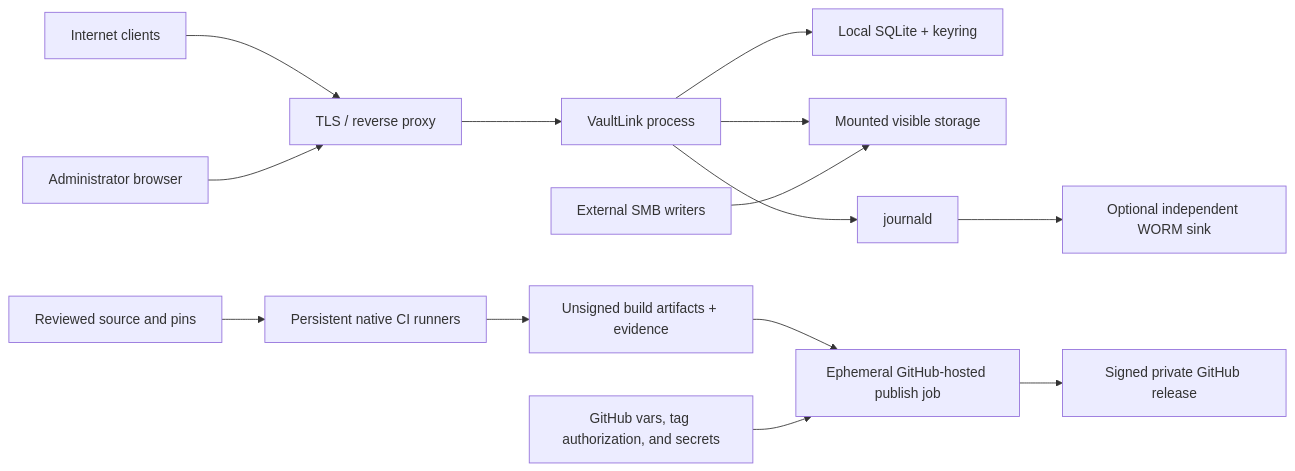
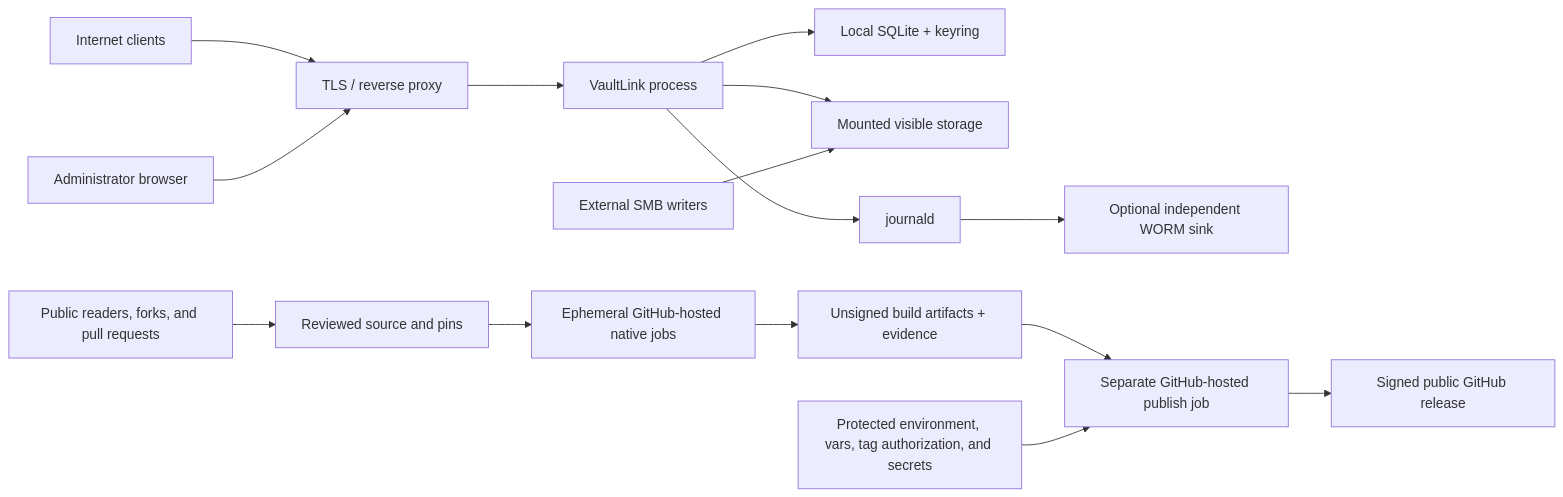
Before and after one commit to alexhaberl/VaultLink: the diagram in THREAT_MODEL.md, drawn with Mermaid. The commit also changed other lines of this file and 4 other files, not shown here.

Commit message:
Harden public release trust boundary

````diff
--- a/THREAT_MODEL.md
+++ b/THREAT_MODEL.md
@@ -103,17 +103,18 @@
 ```mermaid
 flowchart LR
     Internet["Internet clients"] --> Proxy["TLS / reverse proxy"]
     Proxy --> App["VaultLink process"]
     Admin["Administrator browser"] --> Proxy
     App --> DB["Local SQLite + keyring"]
     App --> Storage["Mounted visible storage"]
     SMB["External SMB writers"] --> Storage
     App --> Journal["journald"]
     Journal --> WORM["Optional independent WORM sink"]
 
-    Source["Reviewed source and pins"] --> Runners["Persistent native CI runners"]
+    Public["Public readers, forks, and pull requests"] --> Source["Reviewed source and pins"]
+    Source --> Runners["Ephemeral GitHub-hosted native jobs"]
     Runners --> Artifacts["Unsigned build artifacts + evidence"]
-    Artifacts --> Publish["Ephemeral GitHub-hosted publish job"]
-    GitHub["GitHub vars, tag authorization, and secrets"] --> Publish
-    Publish --> Release["Signed private GitHub release"]
+    Artifacts --> Publish["Separate GitHub-hosted publish job"]
+    GitHub["Protected environment, vars, tag authorization, and secrets"] --> Publish
+    Publish --> Release["Signed public GitHub release"]
 ```
````
